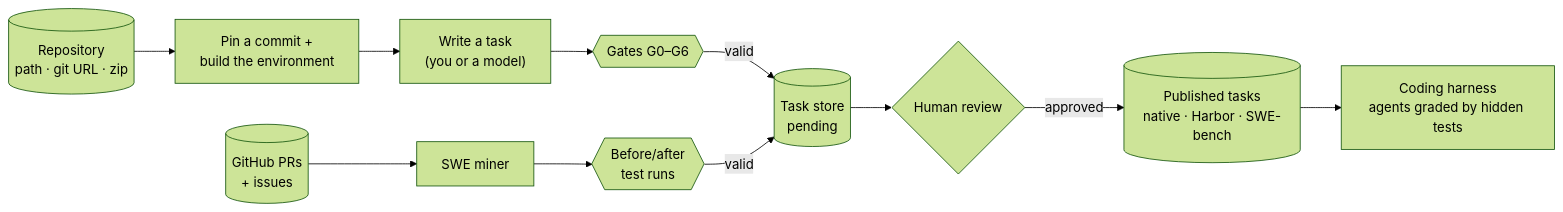
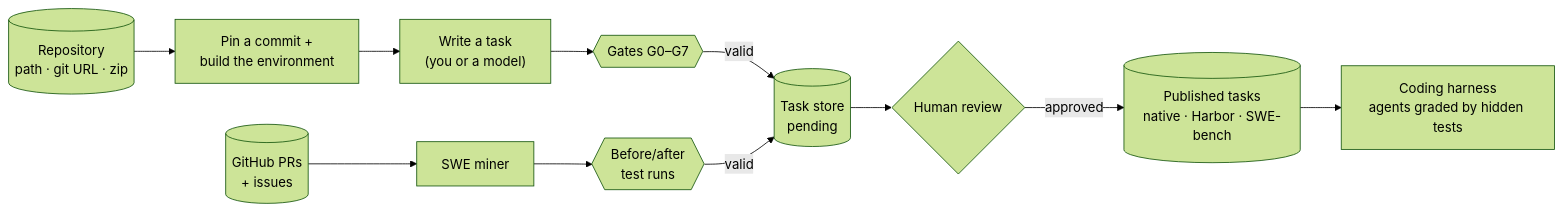
Before and after one commit to sreenivasivbieb/task-factory: the diagram in README.md, drawn with Mermaid (forest theme). The commit also changed other lines of this file and 36 other files, not shown here.

````diff
--- a/README.md
+++ b/README.md
@@ -56,13 +72,13 @@
 ```mermaid
 flowchart LR
     R[("Repository<br/>path · git URL · zip")] --> L[Pin a commit +<br/>build the environment]
     GH[("GitHub PRs<br/>+ issues")] --> SW[SWE miner]
     L --> W["Write a task<br/>(you or a model)"]
-    W --> V{{"Gates G0–G6"}}
+    W --> V{{"Gates G0–G7"}}
     SW --> X{{"Before/after<br/>test runs"}}
     V -- valid --> S[("Task store<br/>pending")]
     X -- valid --> S
     S --> H{"Human review"}
     H -- approved --> P[("Published tasks<br/>native · Harbor · SWE-bench")]
     P --> HN["Coding harness<br/>agents graded by hidden tests"]
 ```
````
